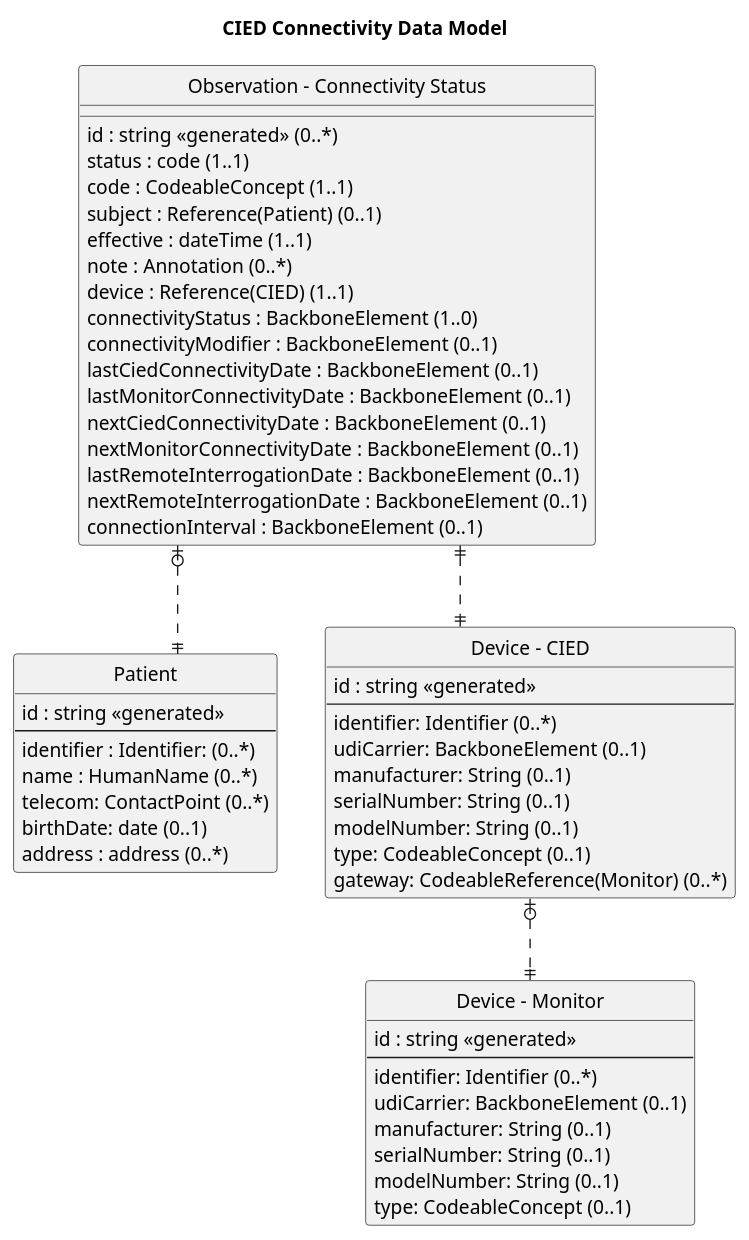
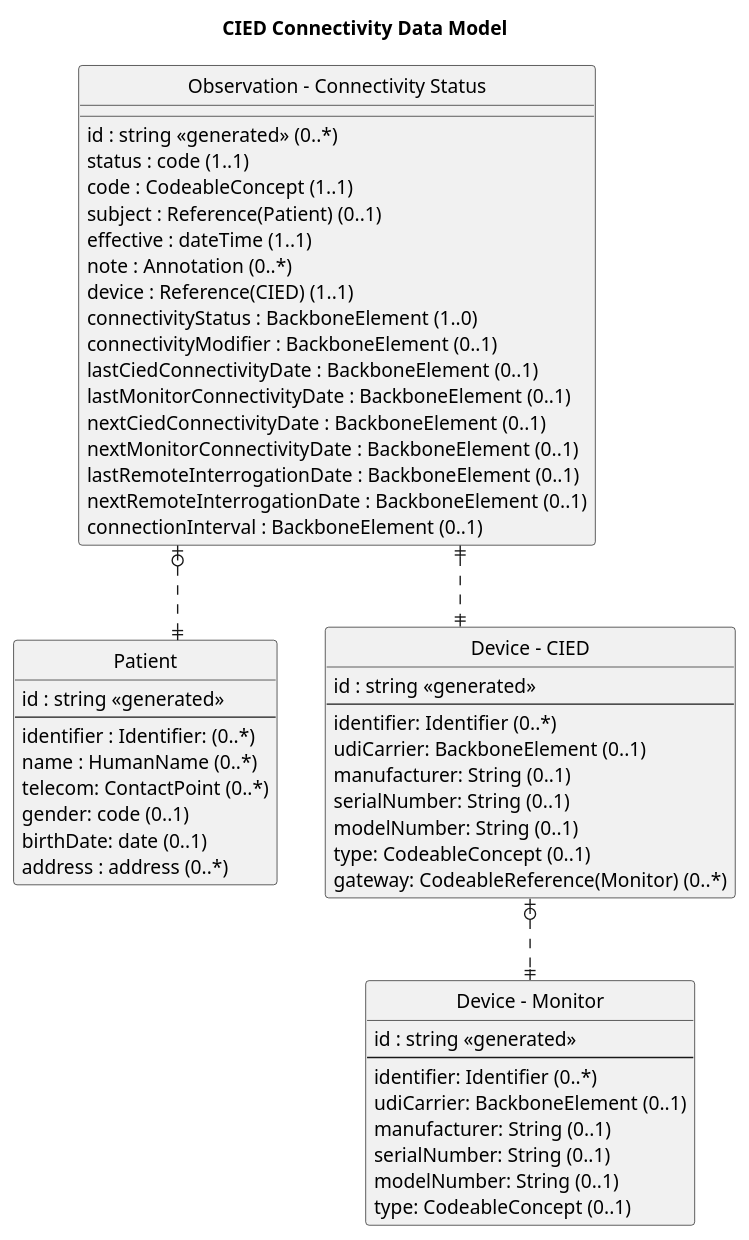
One commit to HL7/CardX-CIED changed the diagram in input/images-source/data-model1.plantuml. Above: the diagram before and after it, drawn with PlantUML. The commit also changed 40 other files, not shown here.

```diff
--- a/input/images-source/data-model1.plantuml
+++ b/input/images-source/data-model1.plantuml
@@ -1,94 +1,95 @@
 @startuml
 title CIED Connectivity Data Model
 
 hide circle
 
 skinparam linetype ortho
 
 entity "Patient" as Patient {
   id : string <<generated>>
   --
   identifier : Identifier: (0..*)
   name : HumanName (0..*)
   telecom: ContactPoint (0..*)
+  gender: code (0..1)
   birthDate: date (0..1)
   address : address (0..*)   
 }
 
 entity "Device - CIED" as cied {
   id : string <<generated>>
   --
   identifier: Identifier (0..*)
   udiCarrier: BackboneElement (0..1)
   manufacturer: String (0..1)
   serialNumber: String (0..1)
   modelNumber: String (0..1)
   type: CodeableConcept (0..1)
   gateway: CodeableReference(Monitor) (0..*)
 }
 
 entity "Device - Monitor" as monitor {
   id : string <<generated>>
   --
   identifier: Identifier (0..*)
   udiCarrier: BackboneElement (0..1)
   manufacturer: String (0..1)
   serialNumber: String (0..1)
   modelNumber: String (0..1)
   type: CodeableConcept (0..1)
 }
 /' - 3/19/25 remove encounter and device association from connectivity use case
 entity "DeviceAssociation" as devassoc {
     id: id <<1..1>>
     --
     identifier: Identifier (0..*)
     device: Reference(Device) (1..1)
     status: CodeableConcept (1..1)
     subject: Reference(Patient) (0..1)   
 }
 '/
 
 entity "Observation - Connectivity Status" as Connectivity {
     id : string <<generated>> (0..*)
     status : code (1..1)
     code : CodeableConcept (1..1)
     subject : Reference(Patient) (0..1)
     effective : dateTime (1..1)
     note : Annotation (0..*)
     device : Reference(CIED) (1..1)
     connectivityStatus : BackboneElement (1..0)
     connectivityModifier : BackboneElement (0..1)
     lastCiedConnectivityDate : BackboneElement (0..1)
     lastMonitorConnectivityDate : BackboneElement (0..1)
     nextCiedConnectivityDate : BackboneElement (0..1)
     nextMonitorConnectivityDate : BackboneElement (0..1)
     lastRemoteInterrogationDate : BackboneElement (0..1)
     nextRemoteInterrogationDate : BackboneElement (0..1)
     connectionInterval : BackboneElement (0..1)
 }
 /' - 3/19/25 remove encounter and device association from connectivity use case
 entity "Encounter" as Encounter {
   *id : string <<generated>>
   --
   identifier : Identifier: (1..*)
   status : Code (1..1)
   type: CodeableConcept (1..*)
   subject: Reference(Patient) (1..1) 
   participant: Reference(Device) (1..*)
   actualPeriod: Period (0..1)
   plannedStartDate (0..1)
 }
 '/
 
 Connectivity |o..|| Patient
 Connectivity ||..|| cied
 cied |o..|| monitor
 /' - 3/19/25 remove encounter and device association from connectivity
 devassoc ||..|| cied
 devassoc ||..o| Patient
 devassoc ||..o| monitor
 Encounter ||..|| Patient
 Encounter ||..|| cied
 Encounter ||..|| monitor
 '/
 @enduml
```
